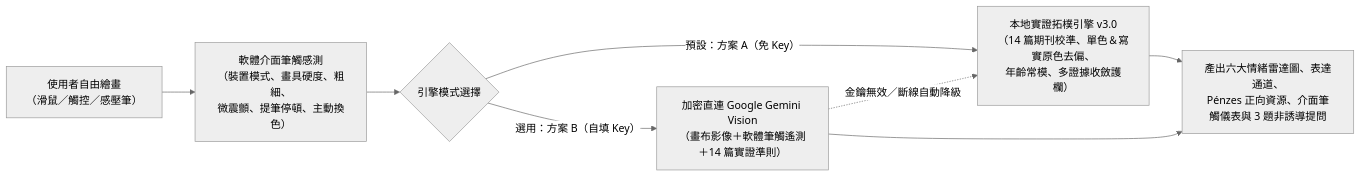
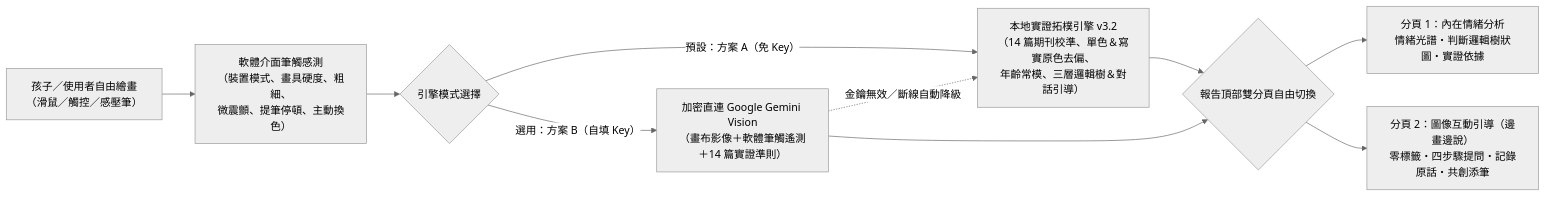
The diagram in docs/操作SOP.md (cpj0624/mindcanvas-drawing-psychology), drawn with Mermaid (neutral theme) before and after one commit. The commit also changed other lines of this file and 5 other files, not shown here.

````diff
--- a/docs/操作SOP.md
+++ b/docs/操作SOP.md
@@ -13,10 +16,12 @@
 ```mermaid
 flowchart LR
-    A["使用者自由繪畫<br/>（滑鼠／觸控／感壓筆）"] --> B["軟體介面筆觸感測<br/>（裝置模式、畫具硬度、粗細、<br/>微震顫、提筆停頓、主動換色）"]
+    A["孩子／使用者自由繪畫<br/>（滑鼠／觸控／感壓筆）"] --> B["軟體介面筆觸感測<br/>（裝置模式、畫具硬度、粗細、<br/>微震顫、提筆停頓、主動換色）"]
     B --> C{"引擎模式選擇"}
-    C -- "預設：方案 A（免 Key）" --> D["本地實證拓樸引擎 v3.0<br/>（14 篇期刊校準、單色＆寫實原色去偏、<br/>年齡常模、多證據收斂護欄）"]
+    C -- "預設：方案 A（免 Key）" --> D["本地實證拓樸引擎 v3.2<br/>（14 篇期刊校準、單色＆寫實原色去偏、<br/>年齡常模、三層邏輯樹＆對話引導）"]
     C -- "選用：方案 B（自填 Key）" --> E["加密直連 Google Gemini Vision<br/>（畫布影像＋軟體筆觸遙測＋14 篇實證準則）"]
     E -. "金鑰無效／斷線自動降級" .-> D
-    D --> F["產出六大情緒雷達圖、表達通道、<br/>Pénzes 正向資源、介面筆觸儀表與 3 題非誘導提問"]
+    D --> F{"報告頂部雙分頁自由切換"}
     E --> F
+    F --> G["分頁 1：內在情緒分析<br/>情緒光譜・判斷邏輯樹狀圖・實證依據"]
+    F --> H["分頁 2：圖像互動引導（邊畫邊說）<br/>零標籤・四步驟提問・記錄原話・共創添筆"]
 ```
````
